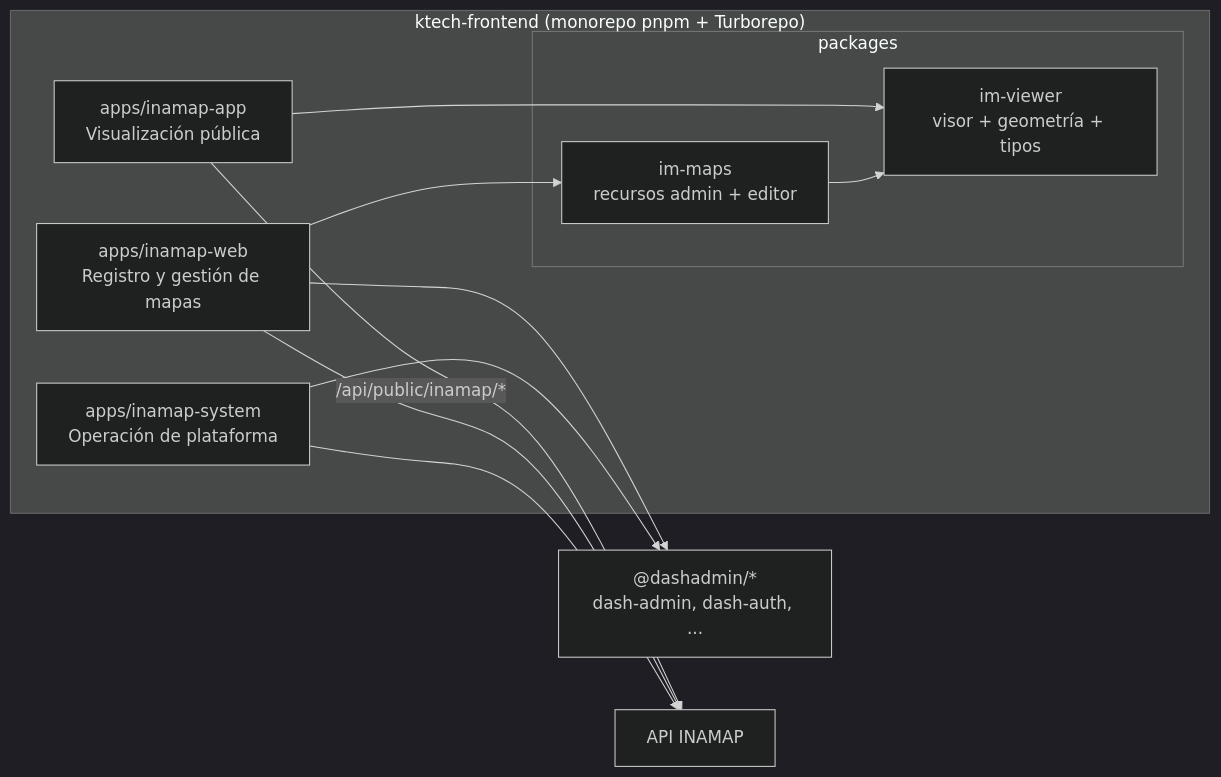
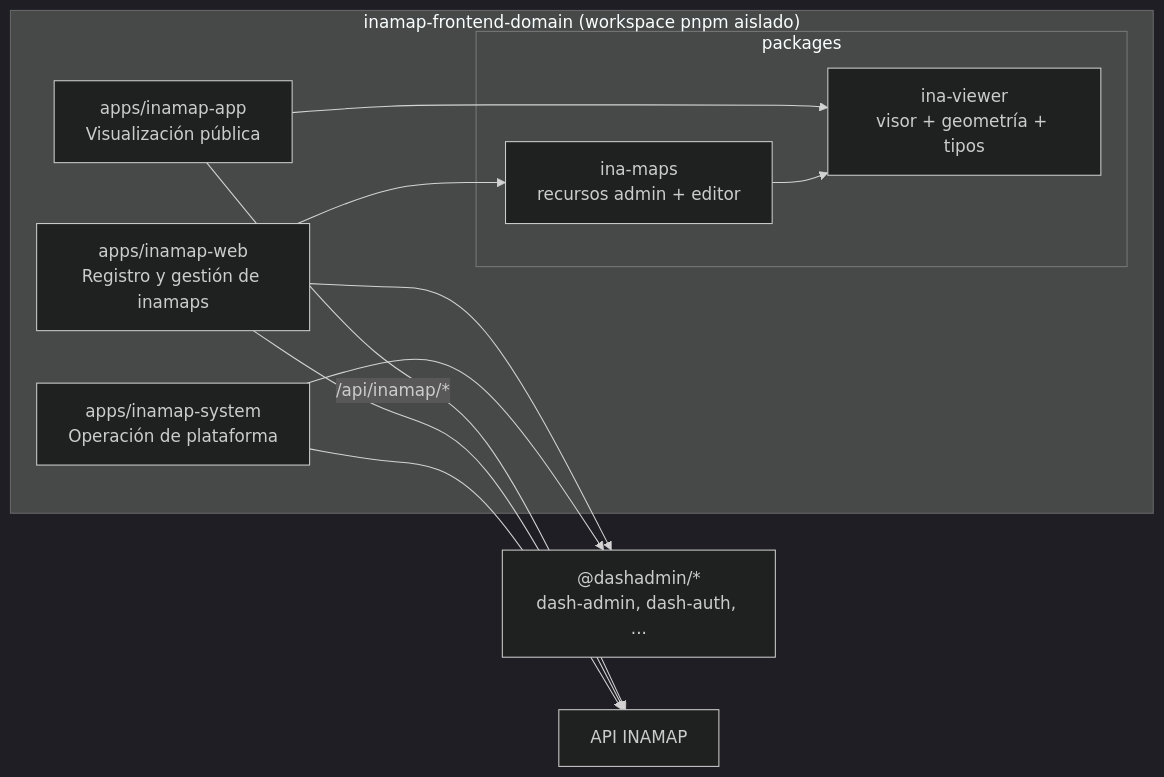
One commit to farandal/inamap-backend-domain changed the fifth of 21 diagrams in README.md. Above: the diagram before and after it, drawn with Mermaid (dark theme). The commit also changed other lines of this file, not shown here.

First line of the commit message:
docs: finalize INAMAP domain specification

````diff
--- a/README.md
+++ b/README.md
@@ -457,23 +526,23 @@
 ```mermaid
 flowchart LR
-    subgraph FE["ktech-frontend (monorepo pnpm + Turborepo)"]
+    subgraph FE["inamap-frontend-domain (workspace pnpm aislado)"]
         SYS["apps/inamap-system<br/>Operación de plataforma"]
-        WEB["apps/inamap-web<br/>Registro y gestión de mapas"]
+        WEB["apps/inamap-web<br/>Registro y gestión de inamaps"]
         APP["apps/inamap-app<br/>Visualización pública"]
         subgraph PK["packages"]
-            IMM["im-maps<br/>recursos admin + editor"]
-            IMV["im-viewer<br/>visor + geometría + tipos"]
+            IMM["ina-maps<br/>recursos admin + editor"]
+            IMV["ina-viewer<br/>visor + geometría + tipos"]
         end
     end
     FWK["@dashadmin/*<br/>dash-admin, dash-auth, ..."]
     API["API INAMAP"]
 
     SYS --> FWK
     WEB --> FWK
     WEB --> IMM
     IMM --> IMV
     APP --> IMV
     SYS --> API
     WEB --> API
-    APP -->|"/api/public/inamap/*"| API
+    APP -->|"/api/inamap/*"| API
 ```
````
